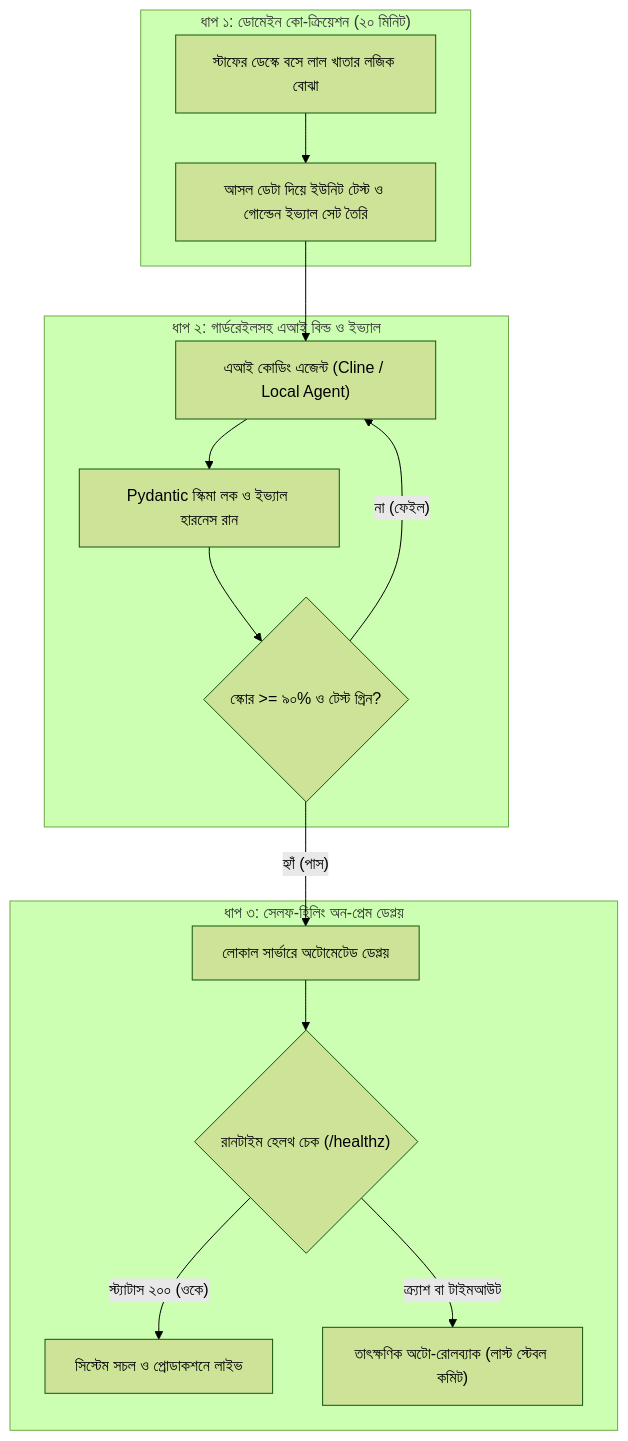
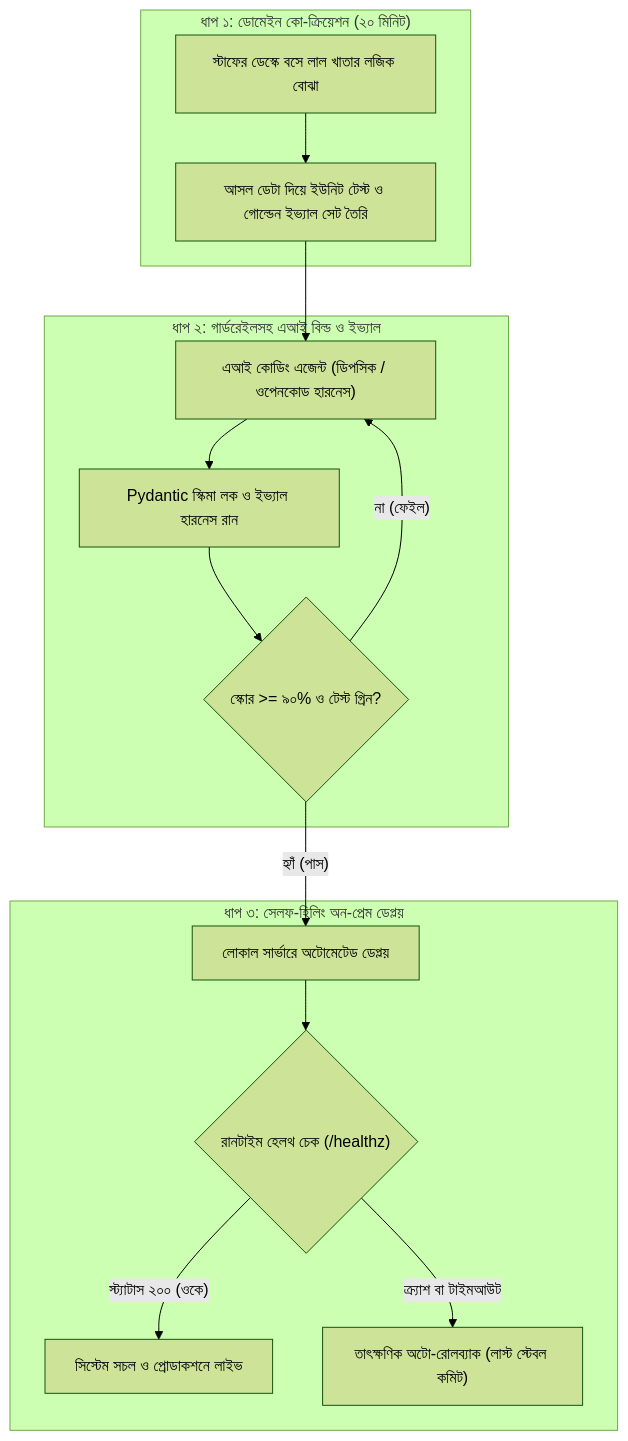
One commit to aiwithr/fde_book changed the diagram in docs/chapter-3/index.md. Above: the diagram before and after it, drawn with Mermaid (forest theme). The commit also changed other lines of this file and 11 other files, not shown here.

````diff
--- a/docs/chapter-3/index.md
+++ b/docs/chapter-3/index.md
@@ -124,29 +160,29 @@
 ```mermaid
 flowchart TD
     subgraph DomainSprint["ধাপ ১: ডোমেইন কো-ক্রিয়েশন (২০ মিনিট)"]
         A1["স্টাফের ডেস্কে বসে লাল খাতার লজিক বোঝা"] --> A2["আসল ডেটা দিয়ে ইউনিট টেস্ট ও গোল্ডেন ইভ্যাল সেট তৈরি"]
     end
 
     subgraph AgenticHarness["ধাপ ২: গার্ডরেইলসহ এআই বিল্ড ও ইভ্যাল"]
-        B1["এআই কোডিং এজেন্ট (Cline / Local Agent)"]
+        B1["এআই কোডিং এজেন্ট (ডিপসিক / ওপেনকোড হারনেস)"]
         B2["Pydantic স্কিমা লক ও ইভ্যাল হারনেস রান"]
         B3{"স্কোর >= ৯০% ও টেস্ট গ্রিন?"}
 
         A2 --> B1
         B1 --> B2
         B2 --> B3
         B3 -- "না (ফেইল)" --> B1
     end
 
     subgraph ResilientDeploy["ধাপ ৩: সেলফ-হিলিং অন-প্রেম ডেপ্লয়"]
         C1["লোকাল সার্ভারে অটোমেটেড ডেপ্লয়"]
         C2{"রানটাইম হেলথ চেক (/healthz)"}
         C3["সিস্টেম সচল ও প্রোডাকশনে লাইভ"]
         C4["তাৎক্ষণিক অটো-রোলব্যাক (লাস্ট স্টেবল কমিট)"]
 
         B3 -- "হ্যাঁ (পাস)" --> C1
         C1 --> C2
         C2 -- "স্ট্যাটাস ২০০ (ওকে)" --> C3
         C2 -- "ক্র্যাশ বা টাইমআউট" --> C4
     end
 ```
````
